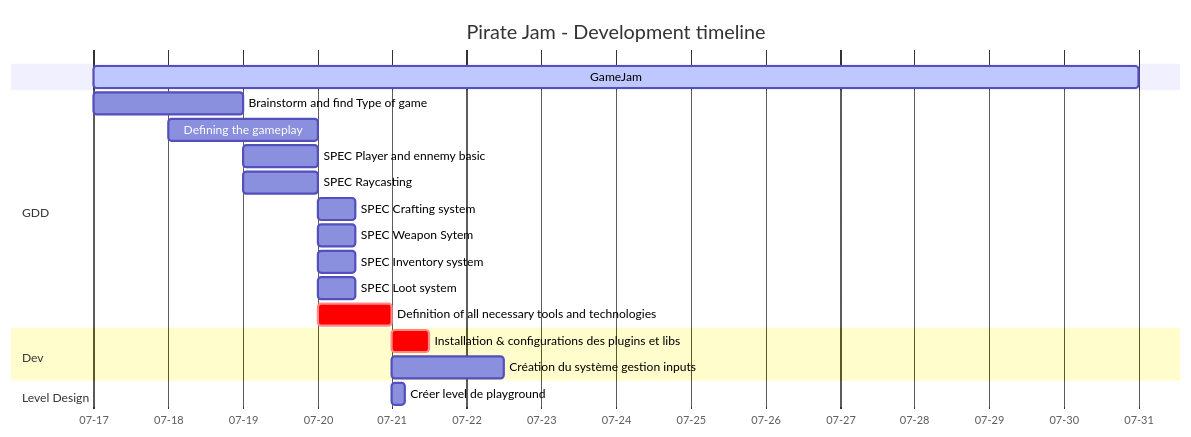
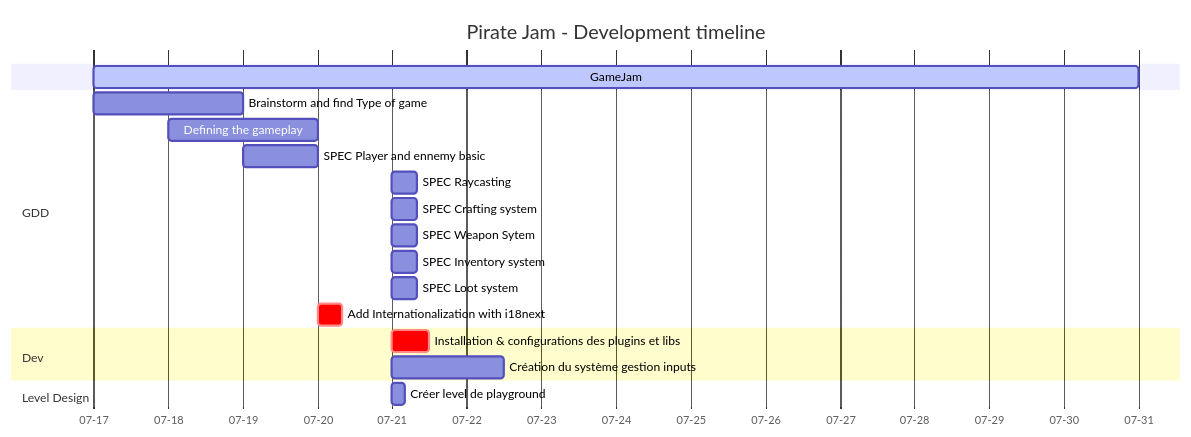
Before and after one commit to platypus-production/Pirate-GJ-15: the second of 3 diagrams in docs/Pirate Jam/Game Design Document.md, drawn with Mermaid. The commit also changed 1 other file, not shown here.

````diff
--- a/docs/Pirate Jam/Game Design Document.md
+++ b/docs/Pirate Jam/Game Design Document.md
@@ -140,32 +140,32 @@
 ```mermaid
 gantt
 title Pirate Jam - Development timeline
 dateFormat YYYY-MM-DD
 axisFormat %m-%d
 GameJam :active, 2024-07-17, 14d
 
 section GDD
 Brainstorm and find Type of game :done GDD0, 2024-07-17, 2d 
 Defining the gameplay :done after GDD1 GDD2, 2024-07-18, 2d
 SPEC Player and ennemy basic :after GDD3, 2024-07-19, 1d
-SPEC Raycasting :GDD4, 2024-07-19, 1d
-SPEC Crafting system :GDD5, 2024-07-20, 12h
-SPEC Weapon Sytem :GDD6, 2024-07-20, 12h
-SPEC Inventory system :GDD7, 2024-07-20, 12h
-SPEC Loot system :GDD8, 2024-07-20, 12h
-Definition of all necessary tools and technologies :crit, after GDD1, 2024-07-20, 1d
+SPEC Raycasting :GDD4, 2024-07-21, 8h
+SPEC Crafting system :GDD5, 2024-07-21, 8h
+SPEC Weapon Sytem :GDD6, 2024-07-21, 8h
+SPEC Inventory system :GDD7, 2024-07-21, 8h
+SPEC Loot system :GDD8, 2024-07-21, 8h
+Add Internationalization with i18next :crit, after GDD1, 2024-07-20, 8h
 
 section Dev
 Installation & configurations des plugins et libs :crit, DEV0 after GDD1, 2024-07-21, 12h
 Création du système gestion inputs :after DEV0 DEV1, 2024-07-21, 36h
 
 section Level Design
 Créer level de playground :, 2024-07-21, 4h
 
 section Arts & Design
 
 section UX/UI
 
 section Music & Sound
 
 ```
````
